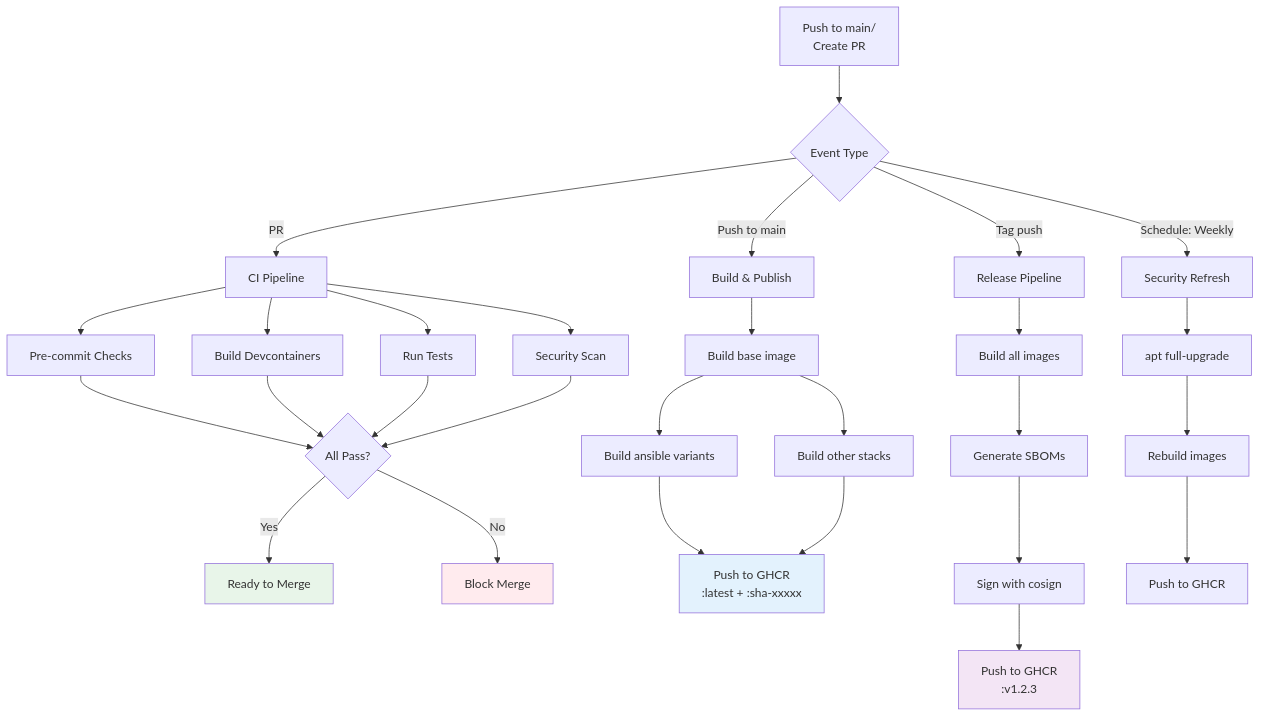
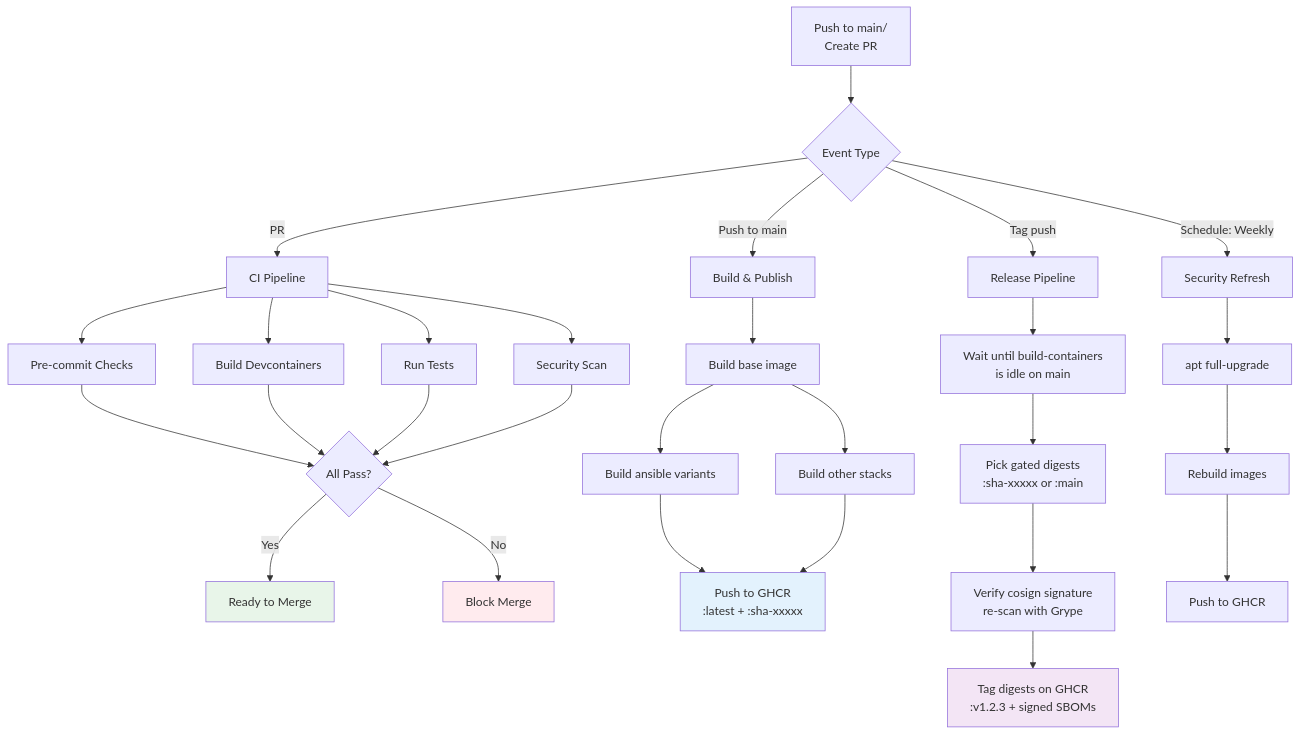
The fourth of 11 diagrams in docs/ARCHITECTURE.md (malpanez/ansible-devcontainer-vscode), drawn with Mermaid before and after one commit. The commit also changed other lines of this file and 8 other files, not shown here.

````diff
--- a/docs/ARCHITECTURE.md
+++ b/docs/ARCHITECTURE.md
@@ -134,37 +134,37 @@
 ```mermaid
 graph TD
     A[Push to main/<br/>Create PR] --> B{Event Type}
 
     B -->|PR| C[CI Pipeline]
     B -->|Push to main| D[Build & Publish]
     B -->|Tag push| E[Release Pipeline]
     B -->|Schedule: Weekly| F[Security Refresh]
 
     C --> C1[Pre-commit Checks]
     C --> C2[Build Devcontainers]
     C --> C3[Run Tests]
     C --> C4[Security Scan]
 
     C1 & C2 & C3 & C4 --> C5{All Pass?}
     C5 -->|Yes| C6[Ready to Merge]
     C5 -->|No| C7[Block Merge]
 
     D --> D1[Build base image]
     D1 --> D2[Build ansible variants]
     D1 --> D3[Build other stacks]
     D2 & D3 --> D4[Push to GHCR<br/>:latest + :sha-xxxxx]
 
-    E --> E1[Build all images]
-    E1 --> E2[Generate SBOMs]
-    E2 --> E3[Sign with cosign]
-    E3 --> E4[Push to GHCR<br/>:v1.2.3]
+    E --> E1[Wait until build-containers<br/>is idle on main]
+    E1 --> E2[Pick gated digests<br/>:sha-xxxxx or :main]
+    E2 --> E3[Verify cosign signature<br/>re-scan with Grype]
+    E3 --> E4[Tag digests on GHCR<br/>:v1.2.3 + signed SBOMs]
 
     F --> F1[apt full-upgrade]
     F1 --> F2[Rebuild images]
     F2 --> F4[Push to GHCR]
 
     style C6 fill:#e8f5e9
     style C7 fill:#ffebee
     style D4 fill:#e3f2fd
     style E4 fill:#f3e5f5
 ```
````
